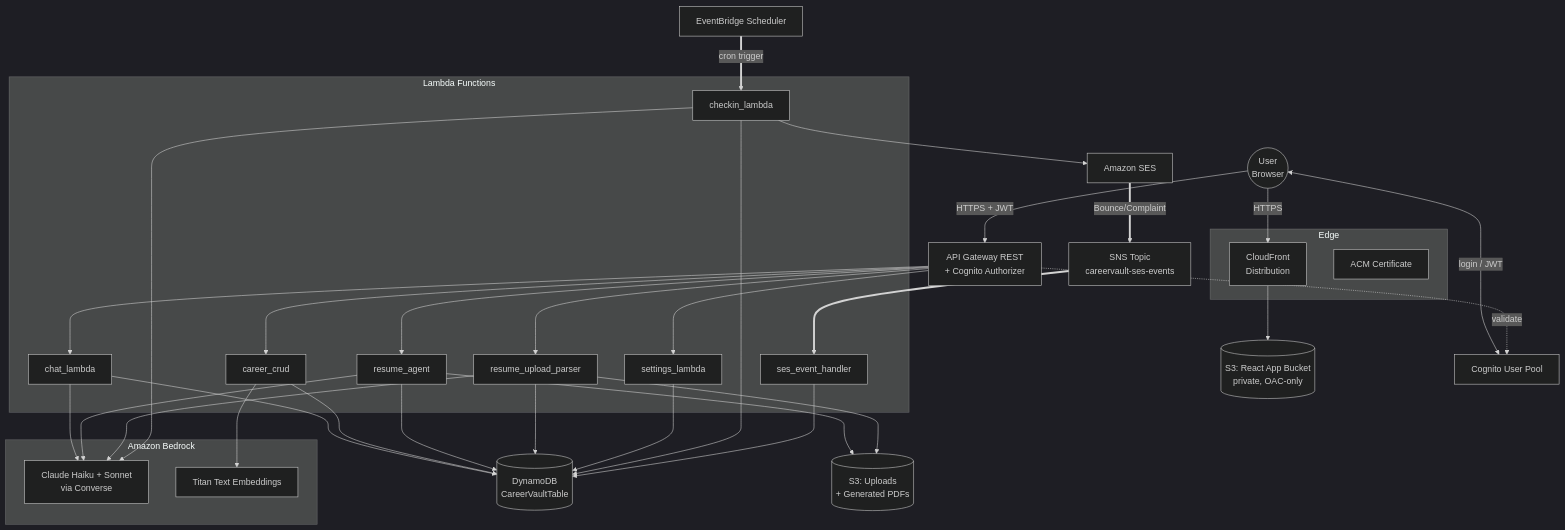
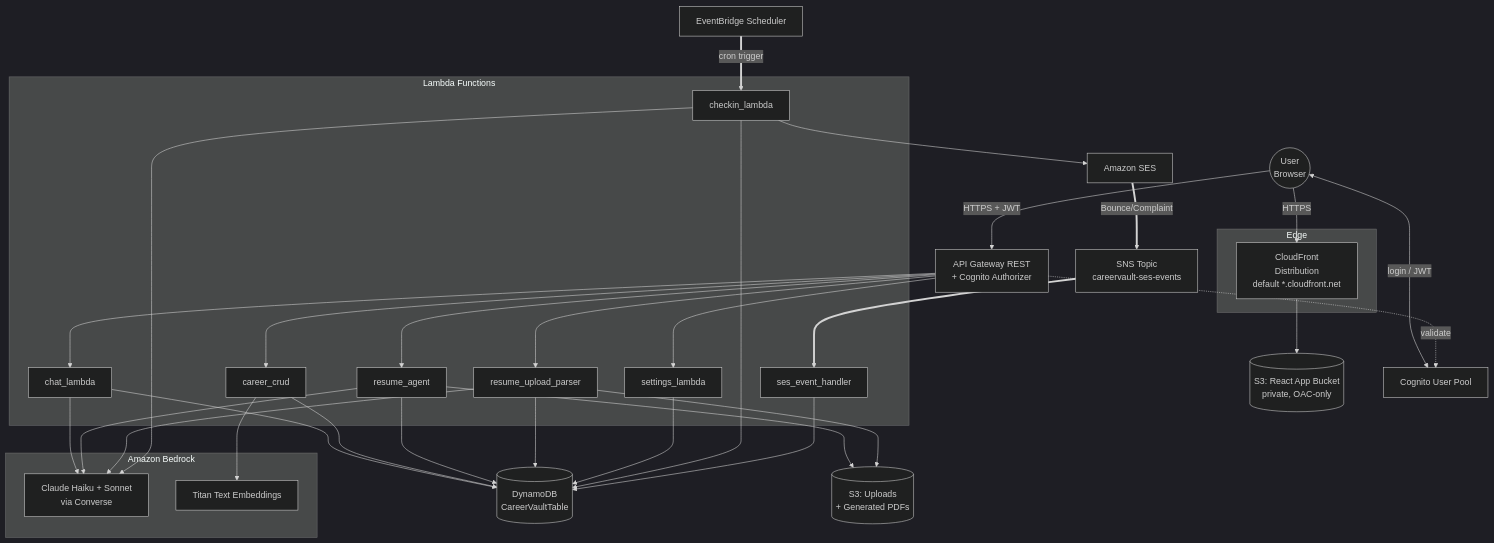
The first of 5 diagrams in docs/careervault-architecture.md (ocheoche-obe/career-vault), drawn with Mermaid (dark theme) before and after one commit. The commit also changed other lines of this file and 7 other files, not shown here.

First line of the commit message:
Post-slice-4 housekeeping: backlog, advisory code-review, diagram refresh (#24)

````diff
--- a/docs/careervault-architecture.md
+++ b/docs/careervault-architecture.md
@@ -31,66 +35,65 @@
 ```mermaid
 flowchart TB
     User((User<br/>Browser))
 
     subgraph Edge["Edge"]
-        CF[CloudFront<br/>Distribution]
-        ACM[ACM Certificate]
+        CF[CloudFront<br/>Distribution<br/>default *.cloudfront.net]
     end
 
     S3Web[(S3: React App Bucket<br/>private, OAC-only)]
     Cognito[Cognito User Pool]
     APIGW[API Gateway REST<br/>+ Cognito Authorizer]
 
     subgraph Lambdas["Lambda Functions"]
         ChatL[chat_lambda]
         CrudL[career_crud]
         ResumeL[resume_agent]
         UploadL[resume_upload_parser]
         SettingsL[settings_lambda]
         CheckinL[checkin_lambda]
         SesHandlerL[ses_event_handler]
     end
 
     DDB[(DynamoDB<br/>CareerVaultTable)]
     S3Files[(S3: Uploads<br/>+ Generated PDFs)]
 
     subgraph Bedrock["Amazon Bedrock"]
         Claude[Claude Haiku + Sonnet<br/>via Converse]
         Titan[Titan Text Embeddings]
     end
 
     EB[EventBridge Scheduler]
     SES[Amazon SES]
     SesEvents[SNS Topic<br/>careervault-ses-events]
 
     User -->|HTTPS| CF
     CF --> S3Web
     User <-->|login / JWT| Cognito
     User -->|HTTPS + JWT| APIGW
     APIGW -.->|validate| Cognito
     APIGW --> ChatL
     APIGW --> CrudL
     APIGW --> ResumeL
     APIGW --> UploadL
     APIGW --> SettingsL
 
     ChatL --> DDB
     ChatL --> Claude
     CrudL --> DDB
     CrudL --> Titan
     ResumeL --> DDB
     ResumeL --> Claude
     ResumeL --> S3Files
     UploadL --> S3Files
     UploadL --> Claude
     UploadL --> DDB
     SettingsL --> DDB
 
     EB ==>|cron trigger| CheckinL
     CheckinL --> DDB
     CheckinL --> Claude
     CheckinL --> SES
     SES ==>|Bounce/Complaint| SesEvents
     SesEvents ==> SesHandlerL
     SesHandlerL --> DDB
 ```
````
